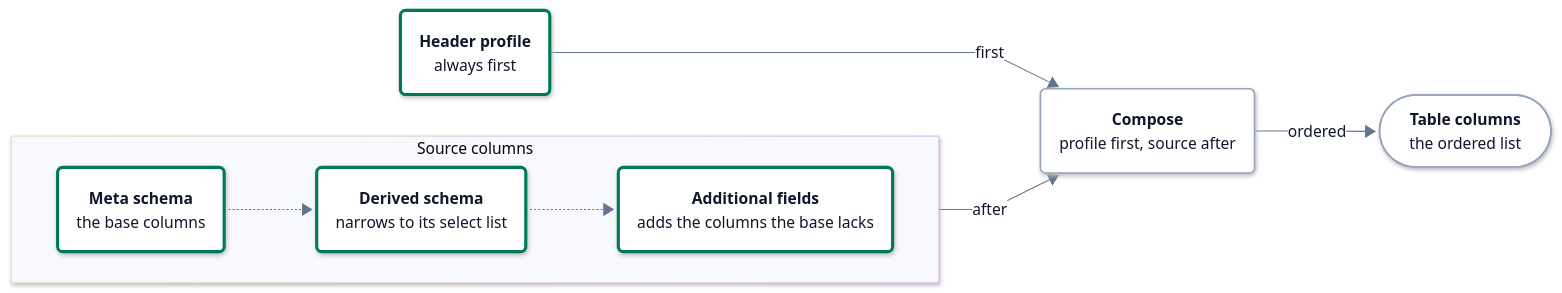
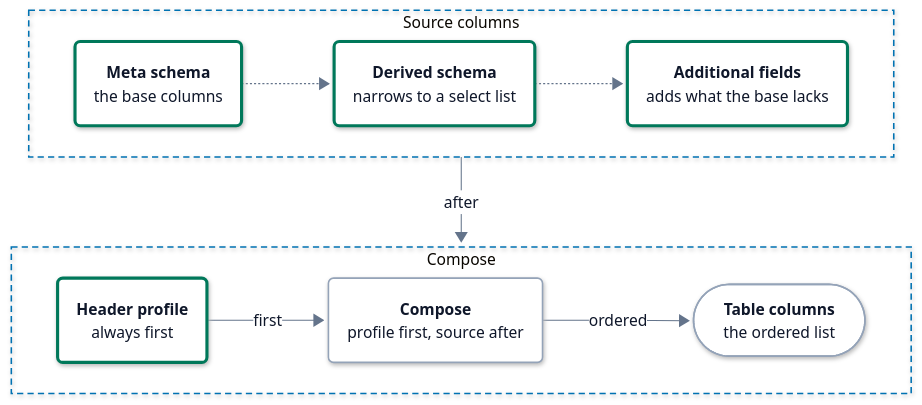
Before and after one commit to hyperi-io/dfe-schemas: the second of 2 diagrams in docs/meta-schema.md, drawn with Mermaid. The commit also changed other lines of this file and 6 other files, not shown here.

First line of the commit message:
docs(architecture): reshape the architecture page and split its parts (#134)

````diff
--- a/docs/meta-schema.md
+++ b/docs/meta-schema.md
@@ -496,76 +504,80 @@
 ```mermaid
 ---
 config:
   theme: base
   look: neo
   fontFamily: Inter, -apple-system, Segoe UI, Roboto, Helvetica, Arial, sans-serif
   flowchart:
     curve: linear
     nodeSpacing: 40
     rankSpacing: 64
     padding: 18
     wrappingWidth: 280
     htmlLabels: true
   elk:
     preset: modelOrder
   themeVariables:
     fontSize: 15px
     lineColor: "#64748B"
     primaryTextColor: "#0F172A"
     clusterBorder: "#0072B2"
     edgeLabelBackground: "#FFFFFF"
   themeCSS: >-
     p{margin:0}
     .node[data-look] rect,.node[data-look] path,.node[data-look] polygon,.node[data-look] .outer-path{filter:drop-shadow(0 1px 2px rgba(15,23,42,.10)) drop-shadow(0 6px 14px rgba(15,23,42,.10))}
     .node rect{rx:10px;ry:10px}
     .cluster rect{rx:16px;ry:16px}
     .node .label div{min-width:150px}
     .node.decision .label div{min-width:0}
     .cluster[data-look] rect{filter:none}
     .nodeLabel{line-height:1.35}
     .nodeLabel b{font-weight:600;font-size:15px;letter-spacing:-0.01em}
     .nodeLabel span{font-size:12.5px;font-weight:400;color:#334155}
     .cluster-label span.nodeLabel{display:inline-block;background:#FFFFFF;color:#0B2A3F;border:1.5px solid #0072B2;border-radius:999px;padding:2px 12px;font-size:11.5px;font-weight:700;letter-spacing:.09em;text-transform:uppercase}
     .flowchart-link{stroke-width:1.75px}
     .labelBkg{background:transparent!important}
     span.edgeLabel{display:inline-block;background:#FFFFFF!important;color:#1E293B;border:1px solid #94A3B8;border-radius:999px;padding:2px 10px;font-size:12px;font-weight:500}
     span.edgeLabel p{background:transparent!important}
     .label-icon{width:20px;height:20px;vertical-align:-4px;margin-right:6px}
     .ingest .label-icon{color:#0E8A7D}
     .xform .label-icon{color:#7B4FB0}
     .load .label-icon{color:#0072B2}
     .bus .label-icon{color:#A8517F}
     .store .label-icon{color:#00785A}
     .ui .label-icon{color:#D9480F}
     .ext .label-icon{color:#64748B}
 ---
-flowchart LR
+flowchart TB
   accTitle: L4 Detail -- Column composition
   accDescr: The source columns start from the meta schema, an optional derived schema narrows them and optional additional fields extend them. Compose puts the header profile's columns first and the source columns after, which gives the table's ordered column list.
-  profile("<b>Header profile</b><br/><span>always first</span>")
   subgraph source["Source columns"]
     direction LR
     meta("<b>Meta schema</b><br/><span>the base columns</span>")
-    derived("<b>Derived schema</b><br/><span>narrows to its select list</span>")
-    additional("<b>Additional fields</b><br/><span>adds the columns the base lacks</span>")
+    derived("<b>Derived schema</b><br/><span>narrows to a select list</span>")
+    additional("<b>Additional fields</b><br/><span>adds what the base lacks</span>")
     meta -.-> derived -.-> additional
   end
-  compose("<b>Compose</b><br/><span>profile first, source after</span>")
-  columns(["<b>Table columns</b><br/><span>the ordered list</span>"])
-  profile -->|first| compose
-  source -->|after| compose
-  compose -->|ordered| columns
+  subgraph out["Compose"]
+    direction LR
+    profile("<b>Header profile</b><br/><span>always first</span>")
+    compose("<b>Compose</b><br/><span>profile first, source after</span>")
+    columns(["<b>Table columns</b><br/><span>the ordered list</span>"])
+    profile -->|first| compose -->|ordered| columns
+  end
+  source -->|after| out
+  class profile,meta,derived,additional store
+  class compose,columns part
   classDef ext fill:#F4F6F8,stroke:#94A3B8,stroke-width:1.5px,stroke-dasharray:5 4,color:#0F172A
   classDef ingest fill:#FFFFFF,stroke:#0E8A7D,stroke-width:3px,color:#0F172A
   classDef xform fill:#FFFFFF,stroke:#7B4FB0,stroke-width:3px,color:#0F172A
   classDef load fill:#FFFFFF,stroke:#0072B2,stroke-width:3px,color:#0F172A
   classDef bus fill:#FFFFFF,stroke:#A8517F,stroke-width:3px,color:#0F172A
   classDef store fill:#FFFFFF,stroke:#00785A,stroke-width:3px,color:#0F172A
   classDef ui fill:#FFFFFF,stroke:#D9480F,stroke-width:3px,color:#0F172A
   classDef decision fill:#FFFFFF,stroke:#9A6700,stroke-width:3px,color:#0F172A
   classDef error fill:#FFFFFF,stroke:#C2410C,stroke-width:3px,color:#0F172A
   classDef control fill:#FFFFFF,stroke:#334155,stroke-width:3px,color:#0F172A
   classDef part fill:#FFFFFF,stroke:#94A3B8,stroke-width:1.5px,color:#0F172A
-  class profile,meta,derived,additional store
-  class compose,columns part
+  style source fill:none,stroke:#0072B2,stroke-width:1.5px,stroke-dasharray:6 4
+  style out fill:none,stroke:#0072B2,stroke-width:1.5px,stroke-dasharray:6 4
 ```
````
